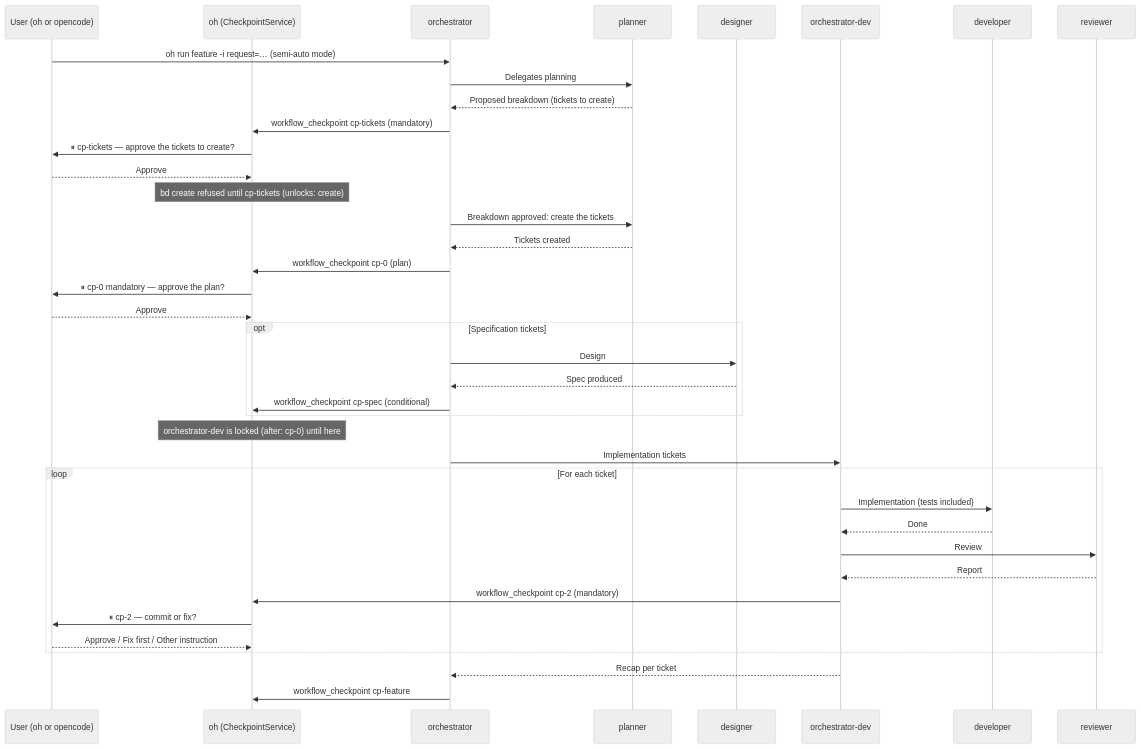
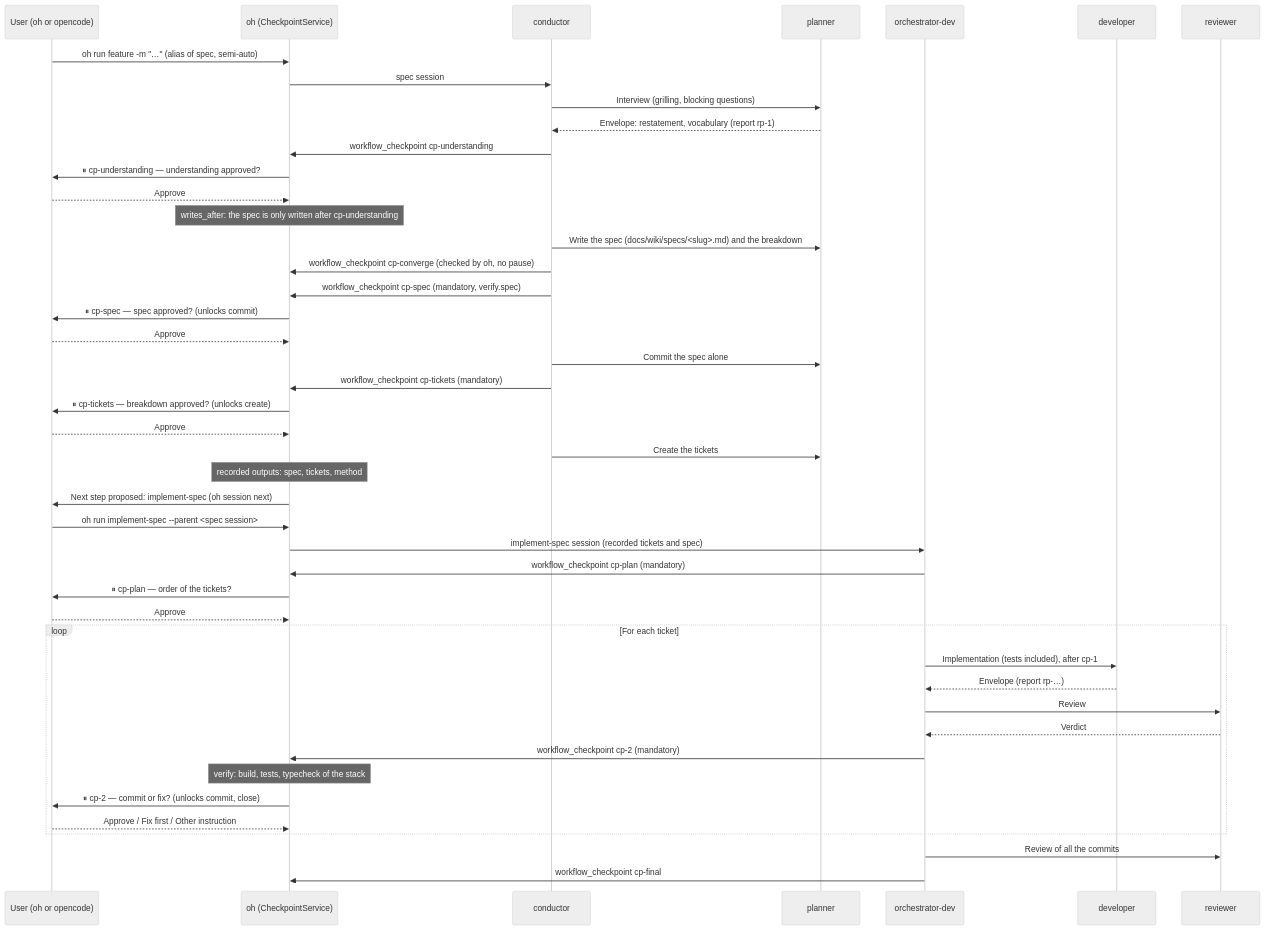
The fourth of 4 diagrams in docs/architecture/overview.en.md (datichb/openhub), drawn with Mermaid (neutral theme) before and after one commit. The commit also changed other lines of this file and 18 other files, not shown here.

First line of the commit message:
docs(architecture): bring the synthesis docs and diagrams up to date (modernisation docs-synthesis)

````diff
--- a/docs/architecture/overview.en.md
+++ b/docs/architecture/overview.en.md
@@ -181,42 +277,48 @@
 ```mermaid
 sequenceDiagram
     participant U as User (oh or opencode)
     participant OH as oh (CheckpointService)
-    participant O as orchestrator
+    participant C as conductor
     participant PL as planner
-    participant DS as designer
     participant OD as orchestrator-dev
     participant DEV as developer
     participant R as reviewer
 
-    U->>O: oh run feature -i request=… (semi-auto mode)
-    O->>PL: Delegates planning
-    PL-->>O: Proposed breakdown (tickets to create)
-    O->>OH: workflow_checkpoint cp-tickets (mandatory)
-    OH->>U: ⏸ cp-tickets — approve the tickets to create?
+    U->>OH: oh run feature -m "…" (alias of spec, semi-auto)
+    OH->>C: spec session
+    C->>PL: Interview (grilling, blocking questions)
+    PL-->>C: Envelope: restatement, vocabulary (report rp-1)
+    C->>OH: workflow_checkpoint cp-understanding
+    OH->>U: ⏸ cp-understanding — understanding approved?
     U-->>OH: Approve
-    Note over OH: bd create refused until cp-tickets (unlocks: create)
-    O->>PL: Breakdown approved: create the tickets
-    PL-->>O: Tickets created
-    O->>OH: workflow_checkpoint cp-0 (plan)
-    OH->>U: ⏸ cp-0 mandatory — approve the plan?
+    Note over OH: writes_after: the spec is only written after cp-understanding
+    C->>PL: Write the spec (docs/wiki/specs/<slug>.md) and the breakdown
+    C->>OH: workflow_checkpoint cp-converge (checked by oh, no pause)
+    C->>OH: workflow_checkpoint cp-spec (mandatory, verify.spec)
+    OH->>U: ⏸ cp-spec — spec approved? (unlocks commit)
     U-->>OH: Approve
-    opt Specification tickets
-        O->>DS: Design
-        DS-->>O: Spec produced
-        O->>OH: workflow_checkpoint cp-spec (conditional)
-    end
-    Note over OH: orchestrator-dev is locked (after: cp-0) until here
-    O->>OD: Implementation tickets
+    C->>PL: Commit the spec alone
+    C->>OH: workflow_checkpoint cp-tickets (mandatory)
+    OH->>U: ⏸ cp-tickets — breakdown approved? (unlocks create)
+    U-->>OH: Approve
+    C->>PL: Create the tickets
+    Note over OH: recorded outputs: spec, tickets, method
+    OH->>U: Next step proposed: implement-spec (oh session next)
+    U->>OH: oh run implement-spec --parent <spec session>
+    OH->>OD: implement-spec session (recorded tickets and spec)
+    OD->>OH: workflow_checkpoint cp-plan (mandatory)
+    OH->>U: ⏸ cp-plan — order of the tickets?
+    U-->>OH: Approve
     loop For each ticket
-        OD->>DEV: Implementation (tests included)
-        DEV-->>OD: Done
+        OD->>DEV: Implementation (tests included), after cp-1
+        DEV-->>OD: Envelope (report rp-…)
         OD->>R: Review
-        R-->>OD: Report
+        R-->>OD: Verdict
         OD->>OH: workflow_checkpoint cp-2 (mandatory)
-        OH->>U: ⏸ cp-2 — commit or fix?
+        Note over OH: verify: build, tests, typecheck of the stack
+        OH->>U: ⏸ cp-2 — commit or fix? (unlocks commit, close)
         U-->>OH: Approve / Fix first / Other instruction
     end
-    OD-->>O: Recap per ticket
-    O->>OH: workflow_checkpoint cp-feature
+    OD->>R: Review of all the commits
+    OD->>OH: workflow_checkpoint cp-final
 ```
````
